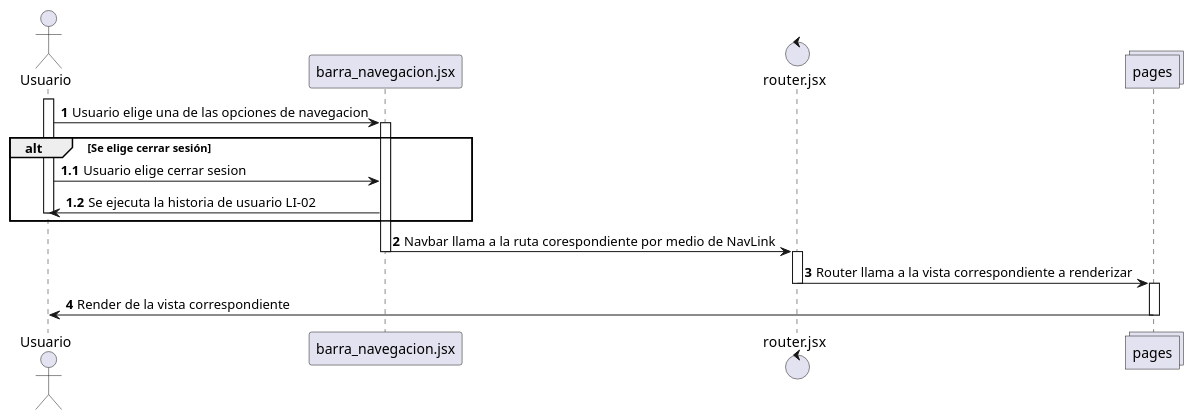
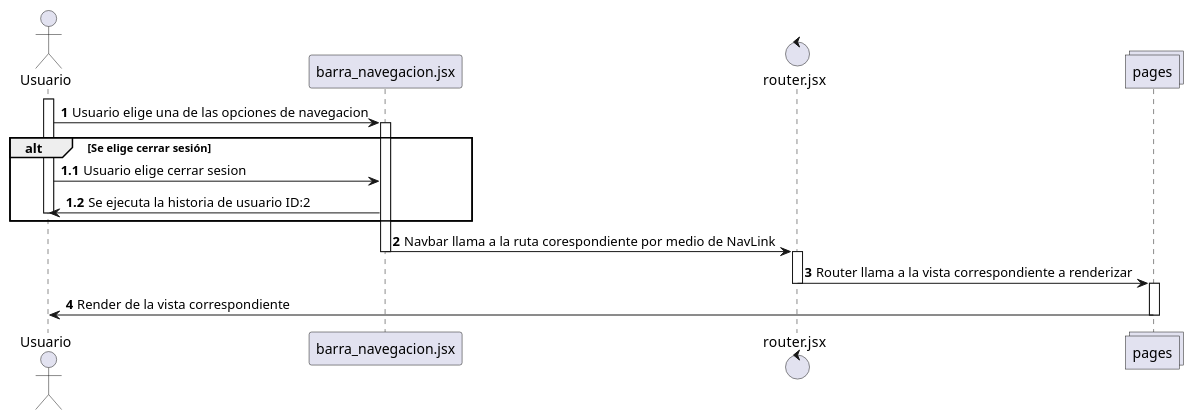
One commit to AztlanConsulting/Fungivora-Dev changed the diagram in diagramas/navbar.puml. Above: the diagram before and after it, drawn with PlantUML.

Commit message:
[UPDATE] (diagrams) Corrections on US IDs

```diff
--- a/diagramas/navbar.puml
+++ b/diagramas/navbar.puml
@@ -1,33 +1,33 @@
 @startuml Navigation Bar
 autonumber
 
 actor Usuario as user
 participant barra_navegacion.jsx as navB
 control router.jsx as router
 collections pages as vistas
 
 activate user
     user -> navB: Usuario elige una de las opciones de navegacion
     activate navB
 
     alt Se elige cerrar sesión
     autonumber 1.1
         user -> navB: Usuario elige cerrar sesion
 
-            navB -> user: Se ejecuta la historia de usuario LI-02
+            navB -> user: Se ejecuta la historia de usuario ID:2
     deactivate user
     end
 
         autonumber 2
         navB -> router: Navbar llama a la ruta corespondiente por medio de NavLink
     deactivate navB
 
 activate router
     router -> vistas: Router llama a la vista correspondiente a renderizar
 deactivate router
 
 activate vistas
     vistas -> user: Render de la vista correspondiente
 deactivate vistas
 
 @enduml
```
